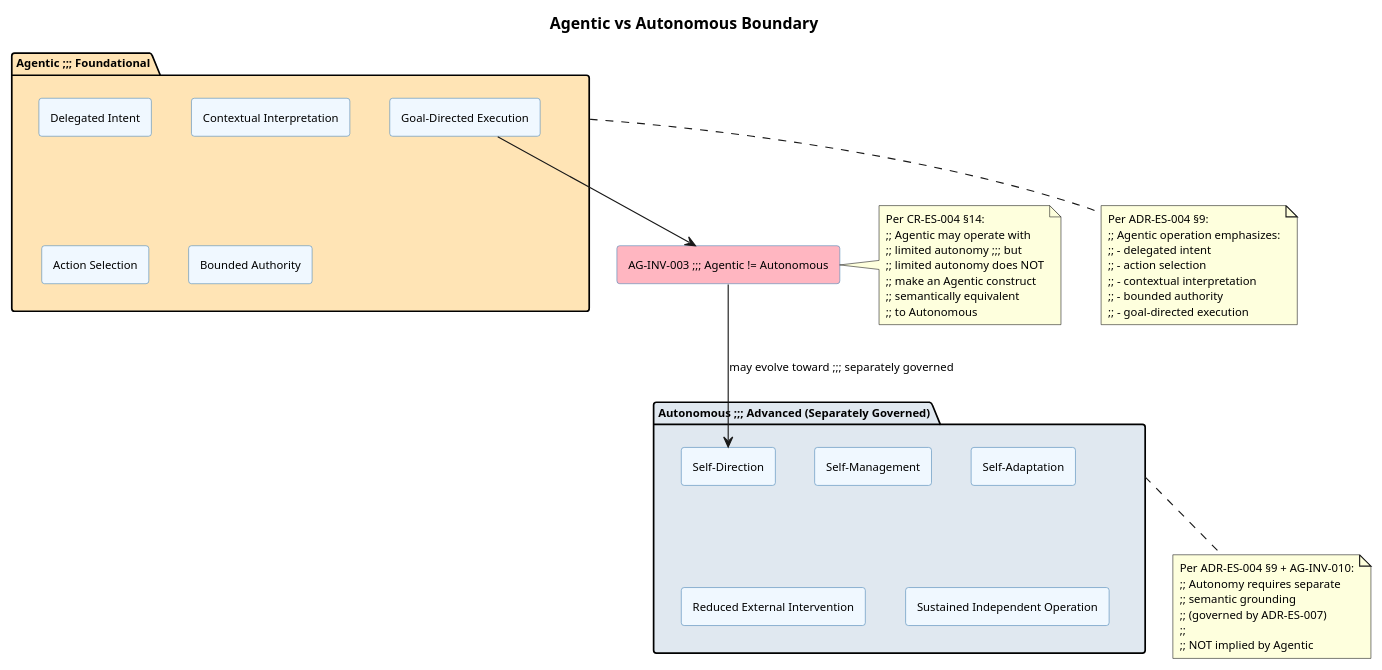
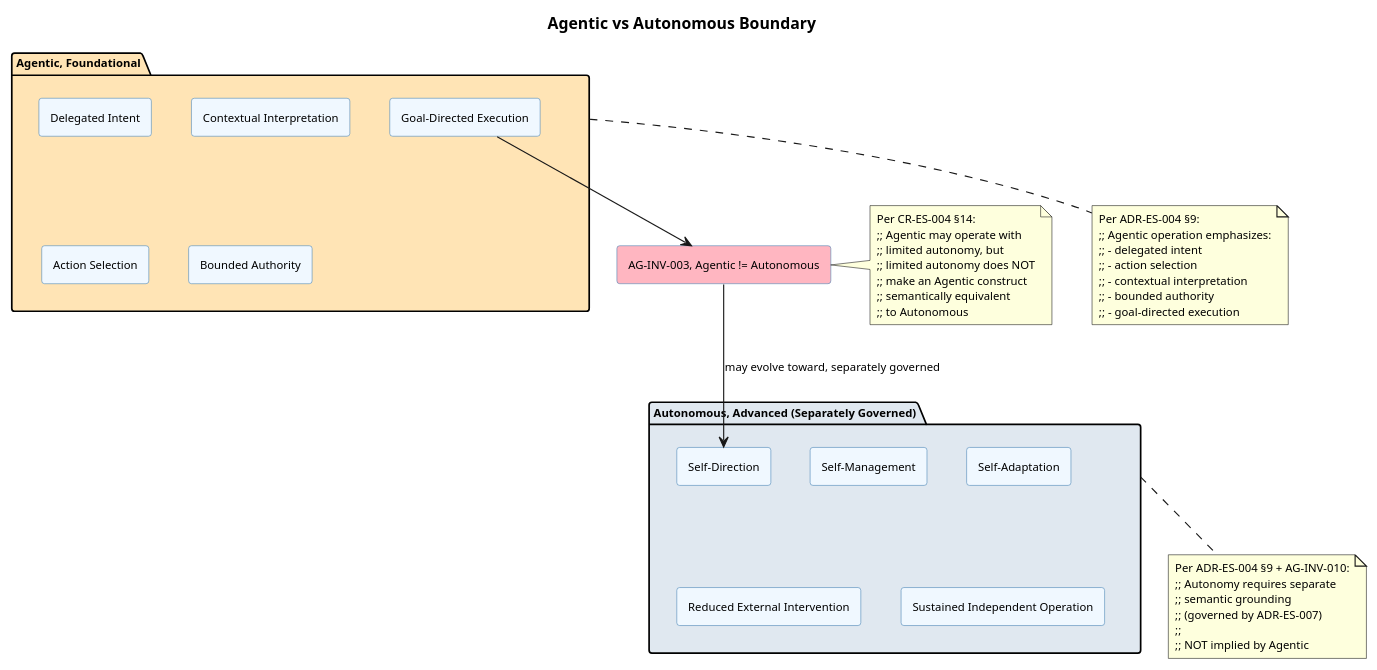
The diagram in docs/diagrams/agentic/agentic-autonomous-boundary.puml (Enterprise-Semantics/enterprise-semantics-visuals), drawn with PlantUML before and after one commit. The commit also changed 31 other files, not shown here.

```diff
--- a/docs/diagrams/agentic/agentic-autonomous-boundary.puml
+++ b/docs/diagrams/agentic/agentic-autonomous-boundary.puml
@@ -8,72 +8,72 @@
 @startuml agentic-autonomous-boundary
 
 skinparam backgroundColor #FFFFFF
 skinparam defaultFontName Arial
 skinparam defaultFontSize 10
 
 skinparam rectangle {
     BackgroundColor #F0F8FF
     BorderColor #4682B4
 }
 
 title Agentic vs Autonomous Boundary
 
 ' Agentic (foundational)
 
-package "Agentic ;;; Foundational" #FFE4B5 {
+package "Agentic, Foundational" #FFE4B5 {
     rectangle "Delegated Intent" as a1
     rectangle "Contextual Interpretation" as a2
     rectangle "Action Selection" as a3
     rectangle "Bounded Authority" as a4
     rectangle "Goal-Directed Execution" as a5
 }
 
-note bottom of "Agentic ;;; Foundational"
+note bottom of "Agentic, Foundational"
   Per ADR-ES-004 §9:
   ;; Agentic operation emphasizes:
   ;; - delegated intent
   ;; - action selection
   ;; - contextual interpretation
   ;; - bounded authority
   ;; - goal-directed execution
 end note
 
-' Autonomous (advanced ;;; separately governed)
+' Autonomous (advanced, separately governed)
 
-package "Autonomous ;;; Advanced (Separately Governed)" #E0E8F0 {
+package "Autonomous, Advanced (Separately Governed)" #E0E8F0 {
     rectangle "Self-Direction" as au1
     rectangle "Self-Management" as au2
     rectangle "Self-Adaptation" as au3
     rectangle "Reduced External Intervention" as au4
     rectangle "Sustained Independent Operation" as au5
 }
 
-note bottom of "Autonomous ;;; Advanced (Separately Governed)"
+note bottom of "Autonomous, Advanced (Separately Governed)"
   Per ADR-ES-004 §9 + AG-INV-010:
   ;; Autonomy requires separate
   ;; semantic grounding
   ;; (governed by ADR-ES-007)
   ;;
   ;; NOT implied by Agentic
 end note
 
 ' Boundary marker
 
-rectangle "AG-INV-003 ;;; Agentic != Autonomous" as boundary #FFB6C1
+rectangle "AG-INV-003, Agentic != Autonomous" as boundary #FFB6C1
 
 ' Relationship: Agentic may evolve toward Autonomous
 
 a5 --> boundary
-boundary --> au1 : may evolve toward ;;; separately governed
+boundary --> au1 : may evolve toward, separately governed
 
 note right of boundary
   Per CR-ES-004 §14:
   ;; Agentic may operate with
-  ;; limited autonomy ;;; but
+  ;; limited autonomy, but
   ;; limited autonomy does NOT
   ;; make an Agentic construct
   ;; semantically equivalent
   ;; to Autonomous
 end note
 
 @enduml
```
